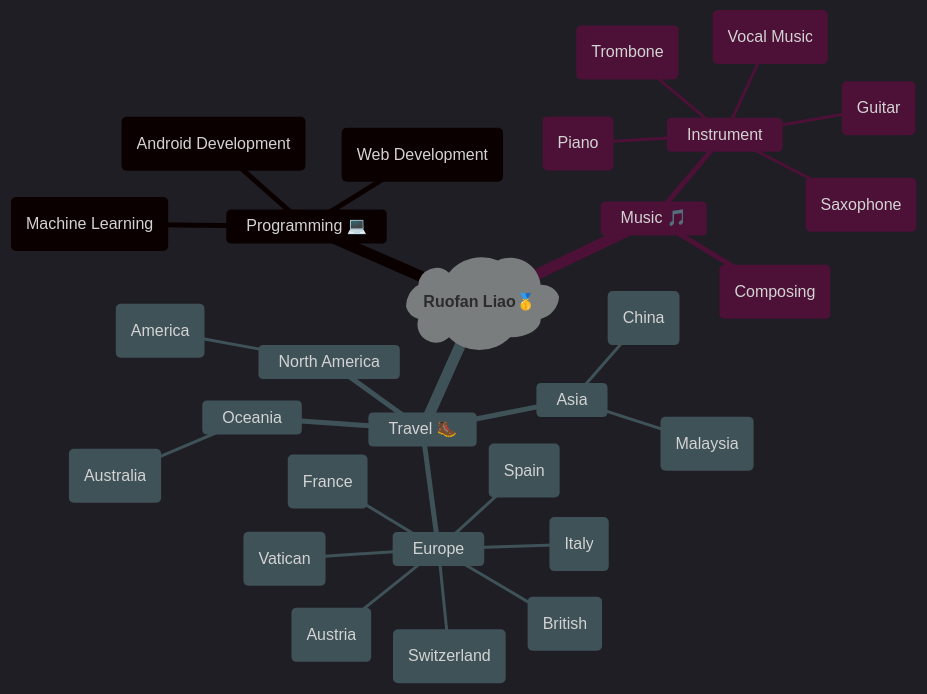
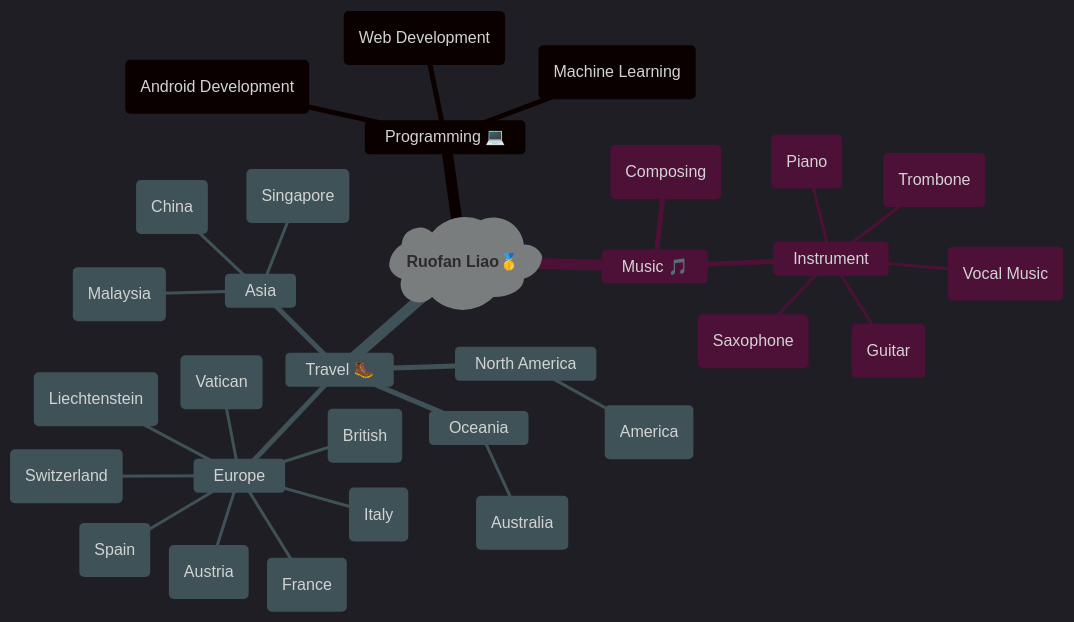
One commit to LLLLLrf/LLLLLrf changed the diagram in README.md. Above: the diagram before and after it, drawn with Mermaid.

````diff
--- a/README.md
+++ b/README.md
@@ -147,34 +147,36 @@
 ```mermaid
 %%{init: {'theme': 'dark'}}%%
 
 mindmap
   root)**Ruofan Liao**🥇(
     Programming 💻
       (Web Development)
       (Android Development)
       (Machine Learning)
     Music 🎵
       (Composing)
       Instrument
         (Trombone)
         (Saxophone)
         (Guitar)
         (Piano)
         (Vocal Music)
     Travel 🥾
       Europe
          (British)
          (France)
-         (Vatican)
          (Italy)
          (Switzerland)
          (Austria)
          (Spain)
+         (Vatican)
+         (Liechtenstein)
       North America
          (America)
       Oceania
          (Australia)
       Asia
          (Malaysia)
+         (Singapore)
          (China)
 ```
````
